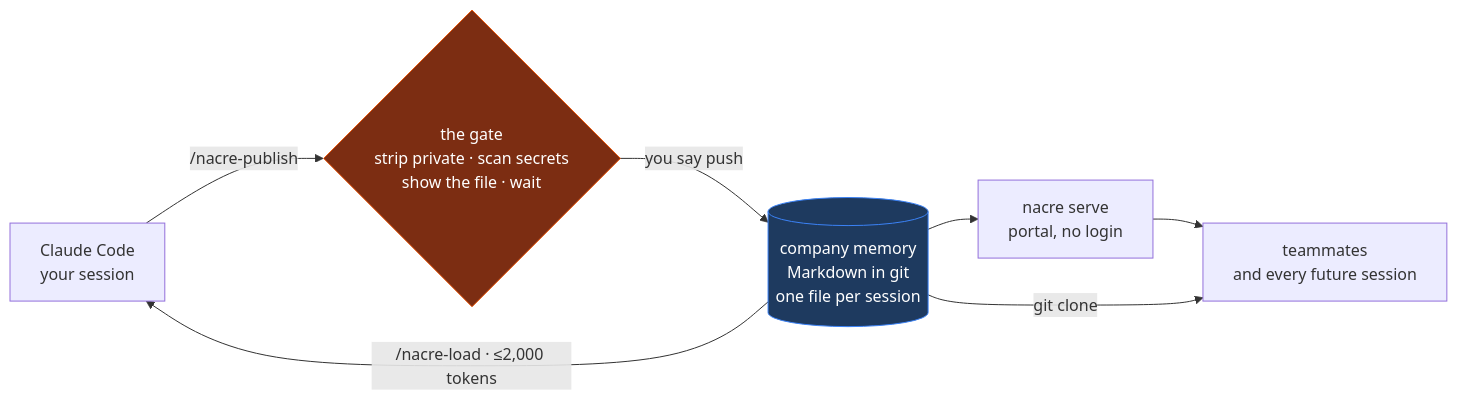
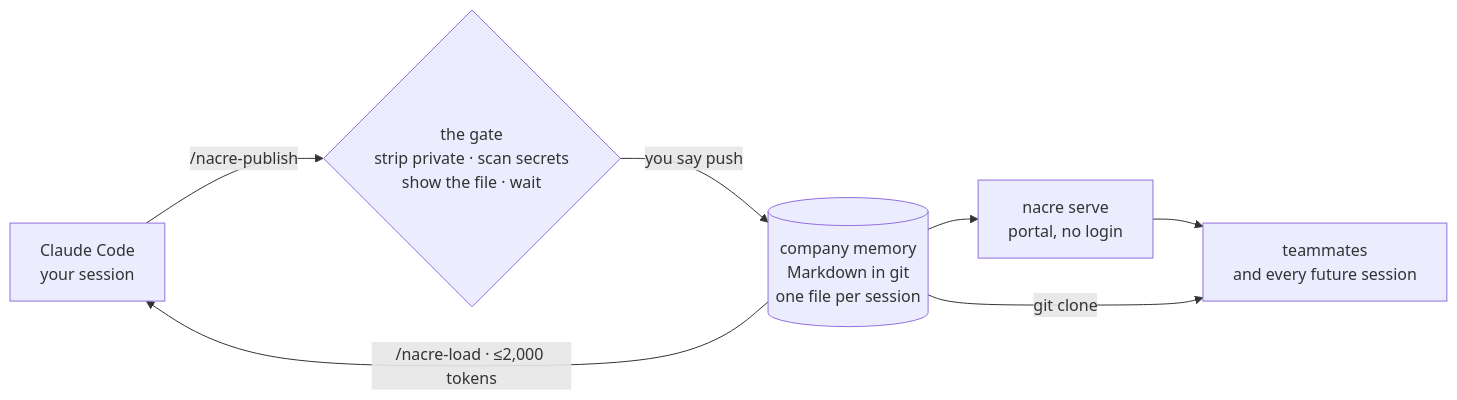
One commit to rambaarde/nacre changed the diagram in README.md. Above: the diagram before and after it, drawn with Mermaid.

Commit message:
docs(readme): let the diagram use GitHub's default mermaid theme
The competitor diagram this was compared against carries no styling at all —
a bare stateDiagram-v2 with `direction LR` — which is exactly why it renders
cleanly: GitHub's mermaid theme follows the reader's light or dark setting.

The hand-picked fills here were dark orange and dark navy with white text.
Legible in dark mode, wrong in light, and pinned regardless of what the reader
chose. Removing them is not a downgrade; it is what makes the diagram match the
page it sits on.

The shape stays a flowchart rather than a state diagram. Their subject has a
lifecycle worth drawing as states; this one does not — it is append-only files,
and a correction is a new file carrying `supersedes:`, not a transition.

````diff
--- a/README.md
+++ b/README.md
@@ -228,19 +228,14 @@
 ```mermaid
 flowchart LR
     S["Claude Code<br/>your session"]
     G{"the gate<br/>strip private · scan secrets<br/>show the file · wait"}
     M[("company memory<br/>Markdown in git<br/>one file per session")]
     P["nacre serve<br/>portal, no login"]
     T["teammates<br/>and every future session"]
 
     S -- "/nacre-publish" --> G
     G -- "you say push" --> M
     M -- "/nacre-load · ≤2,000 tokens" --> S
     M --> P --> T
     M -- "git clone" --> T
-
-    classDef gate fill:#7c2d12,stroke:#ea580c,color:#fff
-    classDef store fill:#1e3a5f,stroke:#3b82f6,color:#fff
-    class G gate
-    class M store
 ```
````
